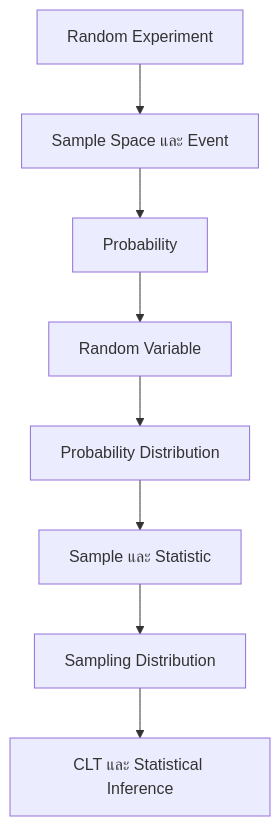
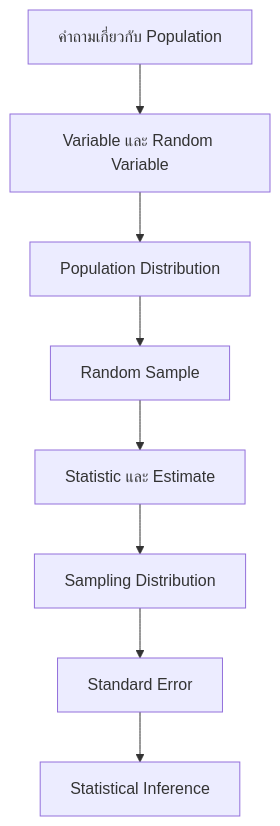
One commit to mdanmek/nida-dads-notes changed the diagram in dads6001-applied_statistics/summary/01_introduction.md. Above: the diagram before and after it, drawn with Mermaid. The commit also changed other lines of this file and 3 other files, not shown here.

````diff
--- a/dads6001-applied_statistics/summary/01_introduction.md
+++ b/dads6001-applied_statistics/summary/01_introduction.md
@@ -14,10 +16,10 @@
 ```mermaid
 flowchart TD
-    A[Random Experiment] --> B[Sample Space และ Event]
-    B --> C[Probability]
-    C --> D[Random Variable]
-    D --> E[Probability Distribution]
-    E --> F[Sample และ Statistic]
-    F --> G[Sampling Distribution]
-    G --> H[CLT และ Statistical Inference]
+    A[คำถามเกี่ยวกับ Population] --> B[Variable และ Random Variable]
+    B --> C[Population Distribution]
+    C --> D[Random Sample]
+    D --> E[Statistic และ Estimate]
+    E --> F[Sampling Distribution]
+    F --> G[Standard Error]
+    G --> H[Statistical Inference]
 ```
````
